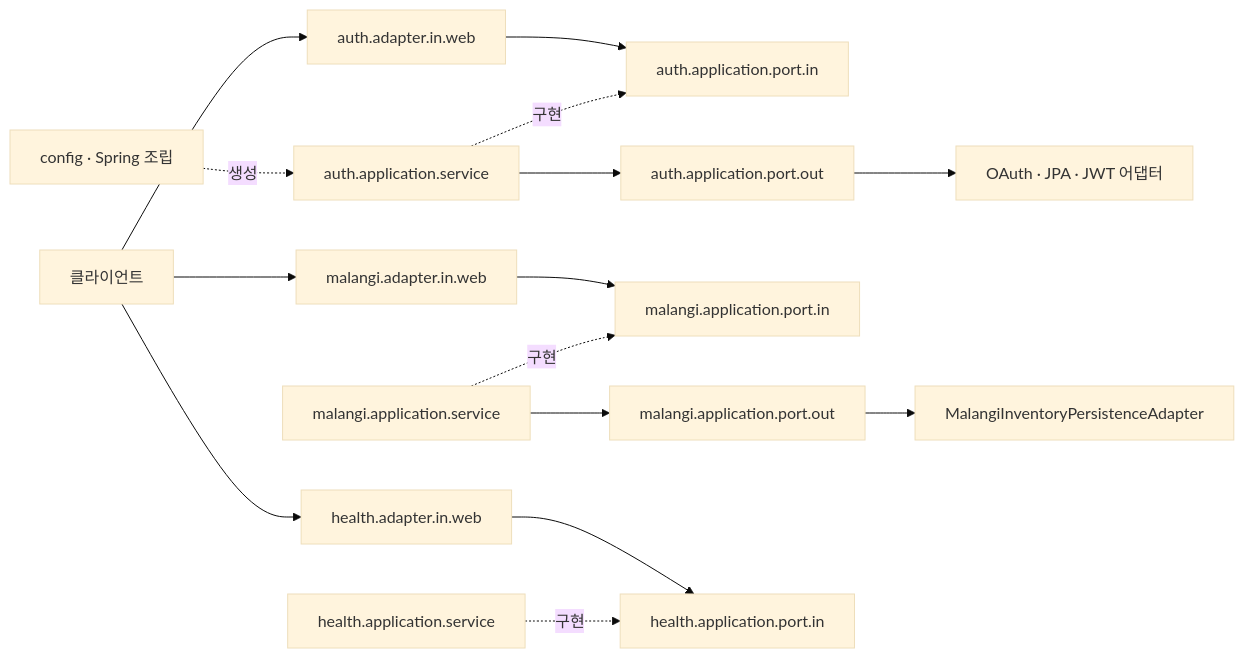
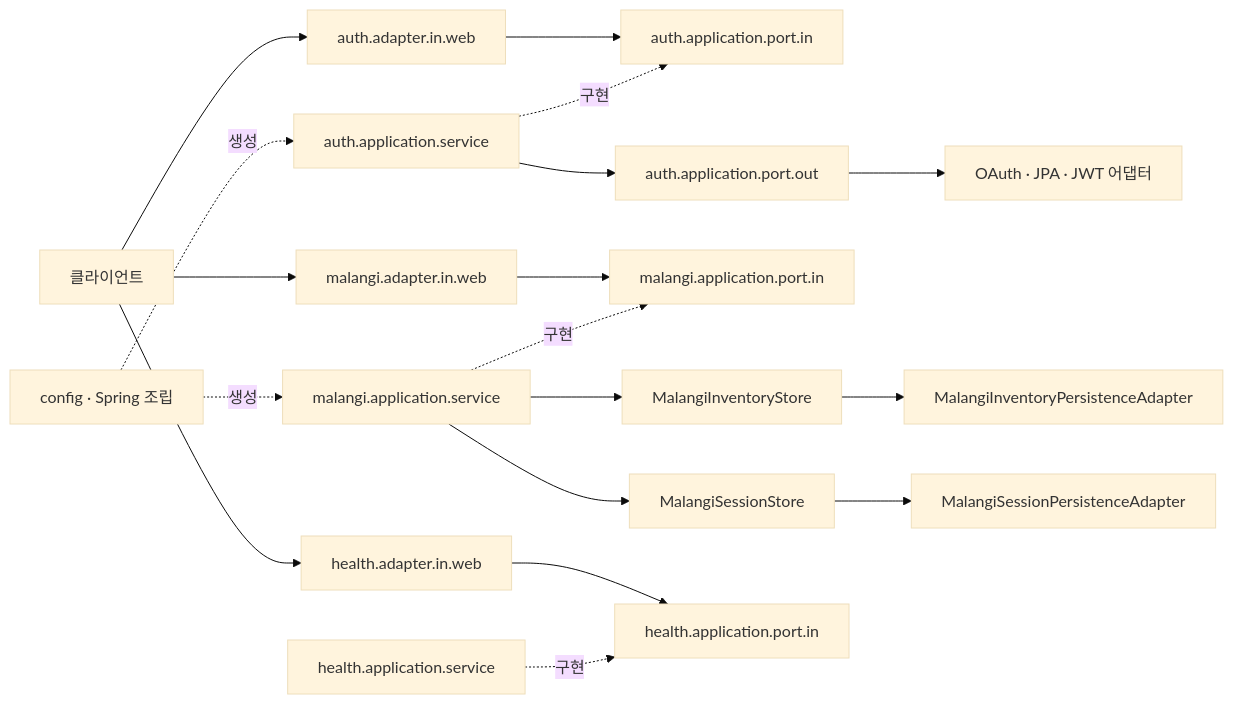
The diagram in docs/architecture.md (2026Ganzi-Thon/2026_GANZITHON_TEAM_07_BE), drawn with Mermaid (base theme) before and after one commit. The commit also changed other lines of this file and 1 other file, not shown here.

Commit message:
docs(malangi): 세션 저장 구조를 아키텍처에 반영

````diff
--- a/docs/architecture.md
+++ b/docs/architecture.md
@@ -9,17 +9,20 @@
 ```mermaid
 flowchart LR
     Client[클라이언트] --> AuthWeb[auth.adapter.in.web]
     Client --> MalangiWeb[malangi.adapter.in.web]
     Client --> HealthWeb[health.adapter.in.web]
     AuthWeb --> AuthPort[auth.application.port.in]
     AuthService[auth.application.service] -. 구현 .-> AuthPort
     AuthService --> AuthOut[auth.application.port.out]
     AuthOut --> Adapters[OAuth · JPA · JWT 어댑터]
     MalangiWeb --> MalangiPort[malangi.application.port.in]
     MalangiService[malangi.application.service] -. 구현 .-> MalangiPort
-    MalangiService --> MalangiStore[malangi.application.port.out]
-    MalangiStore --> MalangiPersistence[MalangiInventoryPersistenceAdapter]
+    MalangiService --> MalangiInventoryStore[MalangiInventoryStore]
+    MalangiInventoryStore --> MalangiInventoryAdapter[MalangiInventoryPersistenceAdapter]
+    MalangiService --> MalangiSessionStore[MalangiSessionStore]
+    MalangiSessionStore --> MalangiSessionAdapter[MalangiSessionPersistenceAdapter]
     HealthWeb --> HealthPort[health.application.port.in]
     HealthService[health.application.service] -. 구현 .-> HealthPort
     Config[config · Spring 조립] -. 생성 .-> AuthService
+    Config -. 생성 .-> MalangiService
 ```
````
